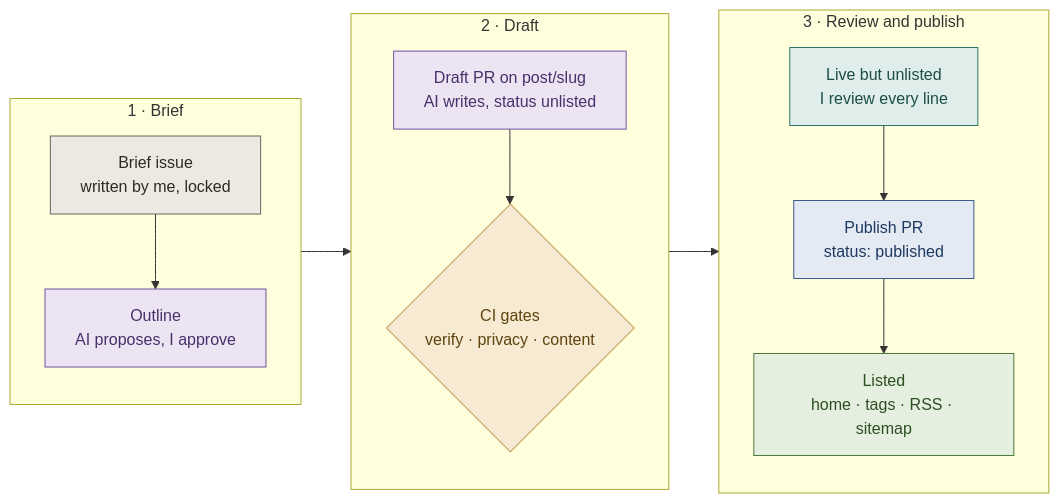
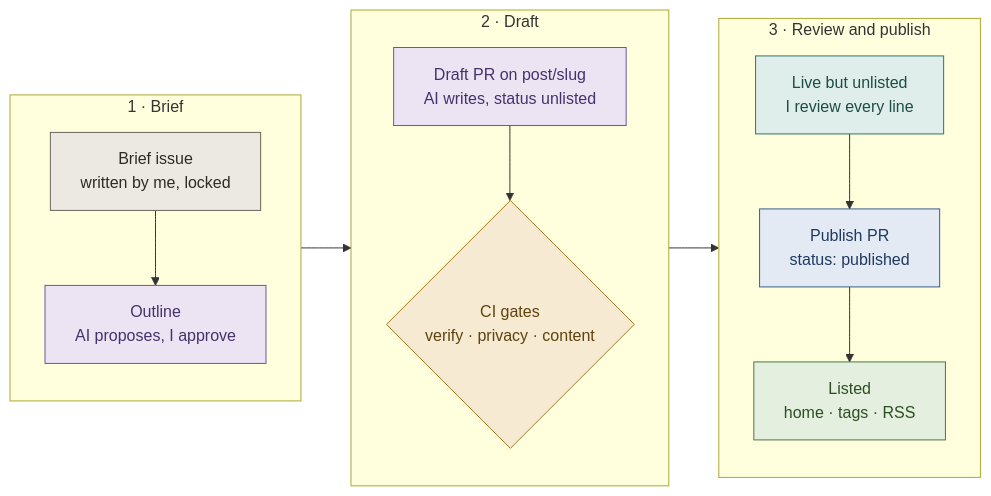
The first of 3 diagrams in README.md (chau-minh-tieu/chau-minh-tieu.github.io), drawn with Mermaid before and after one commit. The commit also changed other lines of this file and 18 other files, not shown here.

````diff
--- a/README.md
+++ b/README.md
@@ -46,22 +47,22 @@
 ```mermaid
 flowchart LR
   subgraph S1["1 · Brief"]
     direction TB
     B["Brief issue<br/>written by me, locked"]:::slate --> O["Outline<br/>AI proposes, I approve"]:::violet
   end
   subgraph S2["2 · Draft"]
     direction TB
     D["Draft PR on post/slug<br/>AI writes, status unlisted"]:::violet --> G{"CI gates<br/>verify · privacy · content"}:::amber
   end
   subgraph S3["3 · Review and publish"]
     direction TB
-    U["Live but unlisted<br/>I review every line"]:::teal --> P["Publish PR<br/>status: published"]:::blue --> L["Listed<br/>home · tags · RSS · sitemap"]:::green
+    U["Live but unlisted<br/>I review every line"]:::teal --> P["Publish PR<br/>status: published"]:::blue --> L["Listed<br/>home · tags · RSS"]:::green
   end
   S1 --> S2 --> S3
   classDef slate fill:#ECE9E2,stroke:#6B665D,color:#2E2B26
   classDef violet fill:#ECE4F3,stroke:#6E54A0,color:#45326B
   classDef amber fill:#F6EAD2,stroke:#A87A22,color:#5E430D
   classDef teal fill:#DFEEEA,stroke:#2F7468,color:#1D4D45
   classDef blue fill:#E3EAF4,stroke:#3B5B8A,color:#1F3A5F
   classDef green fill:#E4EFDF,stroke:#4A7A3A,color:#2C4F22
 ```
````
